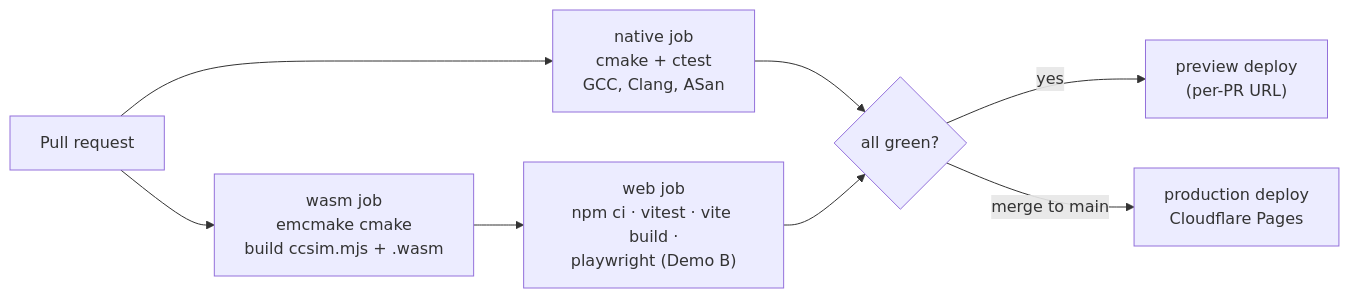
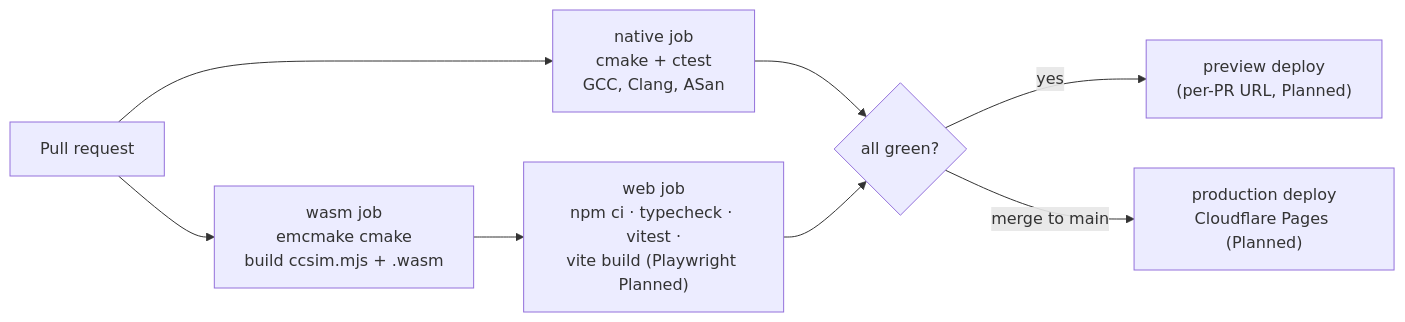
The tenth of 11 diagrams in docs/ARCHITECTURE.md (avicado-codes/CacheSim), drawn with Mermaid before and after one commit. The commit also changed other lines of this file and 5 other files, not shown here.

````diff
--- a/docs/ARCHITECTURE.md
+++ b/docs/ARCHITECTURE.md
@@ -682,10 +682,10 @@
 ```mermaid
 flowchart LR
     PR["Pull request"] --> N["native job<br/>cmake + ctest<br/>GCC, Clang, ASan"]
     PR --> E["wasm job<br/>emcmake cmake<br/>build ccsim.mjs + .wasm"]
-    E --> F["web job<br/>npm ci · vitest · vite build ·<br/>playwright (Demo B)"]
+    E --> F["web job<br/>npm ci · typecheck · vitest ·<br/>vite build (Playwright Planned)"]
     N --> GATE{"all green?"}
     F --> GATE
-    GATE -- yes --> PREV["preview deploy<br/>(per-PR URL)"]
-    GATE -- "merge to main" --> PROD["production deploy<br/>Cloudflare Pages"]
+    GATE -- yes --> PREV["preview deploy<br/>(per-PR URL, Planned)"]
+    GATE -- "merge to main" --> PROD["production deploy<br/>Cloudflare Pages (Planned)"]
 ```
````
